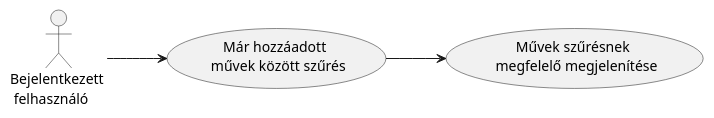
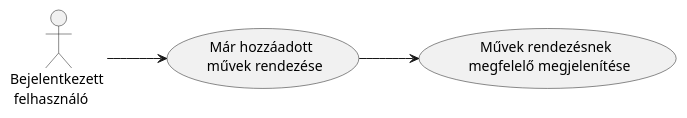
Before and after one commit to BlokOfWood/EntertainmentTracker: the diagram in assets/usecase_umls/filter_saved_media.puml, drawn with PlantUML.

Commit message:
filter_saved_media.puml pontosítása

```diff
--- a/assets/usecase_umls/filter_saved_media.puml
+++ b/assets/usecase_umls/filter_saved_media.puml
@@ -1,12 +1,11 @@
 @startuml
 left to right direction
 
 actor :Bejelentkezett \n felhasználó: as LoggedInUser
 
-usecase "Már hozzáadott \n művek között szűrés" as FilterMedia
-usecase "Művek szűrésnek \n megfelelő megjelenítése" as DisplayFilteredMedia
+usecase "Már hozzáadott \n művek rendezése" as FilterMedia
+usecase "Művek rendezésnek \n megfelelő megjelenítése" as DisplayFilteredMedia
 
 LoggedInUser --> FilterMedia
 FilterMedia --> DisplayFilteredMedia
-
 @enduml
```
